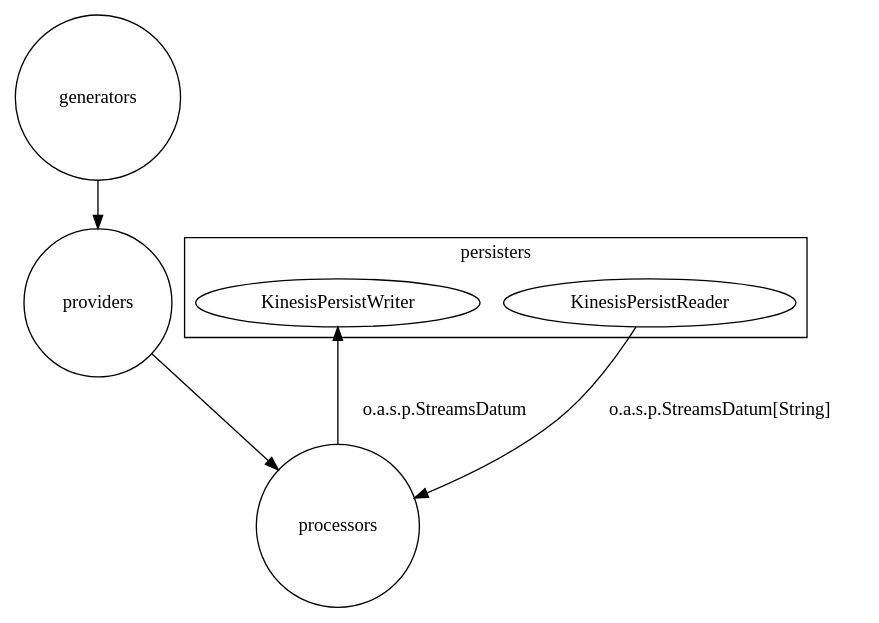
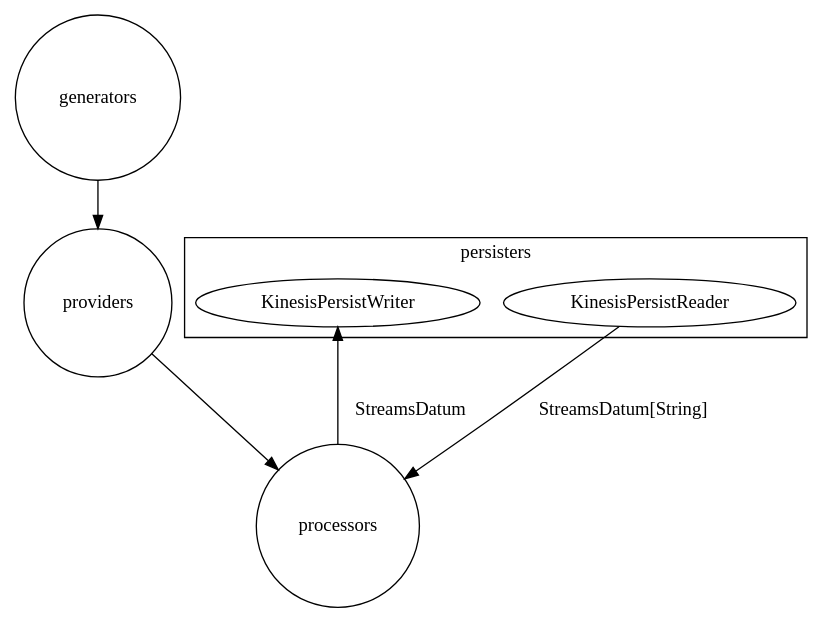
Before and after one commit to apache/streams: the diagram in streams-contrib/streams-persist-console/src/main/resources/components.dot, drawn with Graphviz. The commit also changed 16 other files, not shown here.

Commit message:
add diagrams and improve index.html

```diff
--- a/streams-contrib/streams-persist-console/src/main/resources/components.dot
+++ b/streams-contrib/streams-persist-console/src/main/resources/components.dot
@@ -1,25 +1,25 @@
 digraph g {
 
   graph [compound = true];
 
   //presentation
   splines = true;
   overlap = false;
   rankdir = TB;
 
   generators [label="generators", shape="circle"];
   providers [label="providers", shape="circle"];
   processors [label="processors", shape="circle"];
 
   subgraph cluster_persisters {
     label="persisters";
     persisters_console_reader [label="KinesisPersistReader"]
     persisters_console_writer [label="KinesisPersistWriter"]
   }
 
   generators -> providers
   providers -> processors
-  processors -> persisters_console_writer [label="o.a.s.p.StreamsDatum"]
-  persisters_console_reader -> processors [label="o.a.s.p.StreamsDatum[String]"]
+  processors -> persisters_console_writer [label="StreamsDatum"]
+  persisters_console_reader -> processors [label="StreamsDatum[String]"]
 
 }
```
